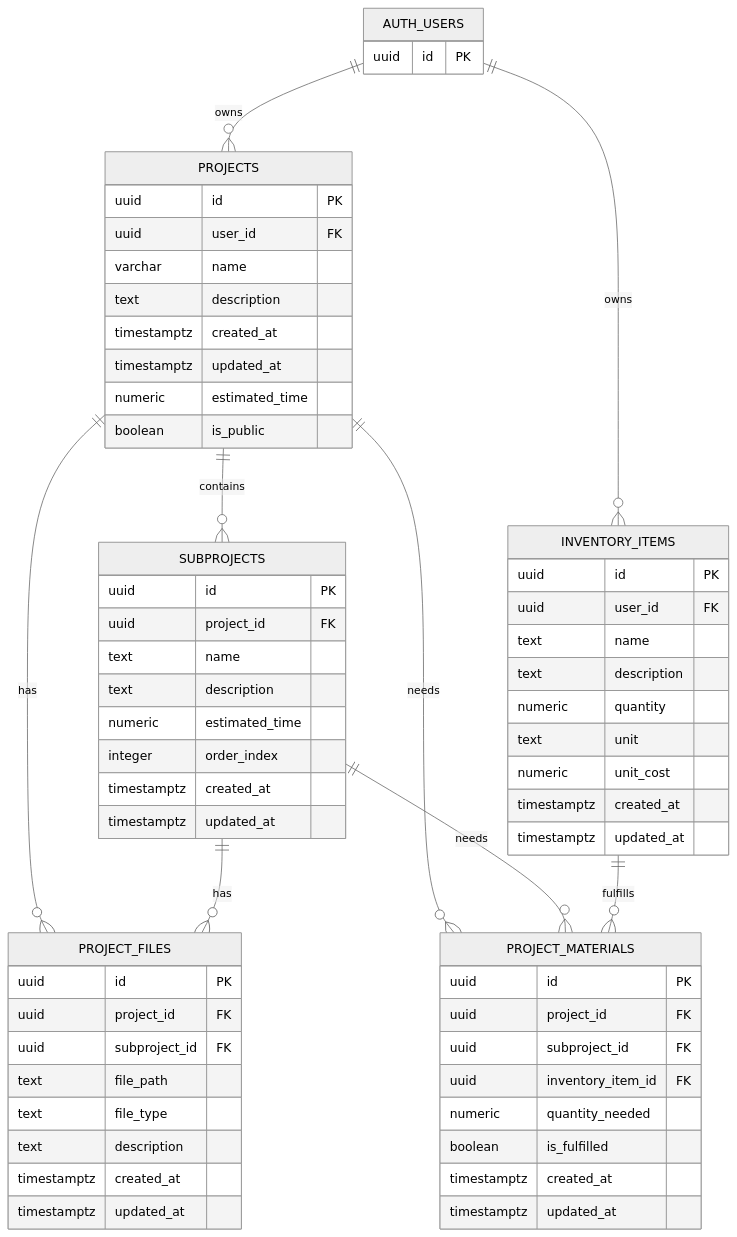
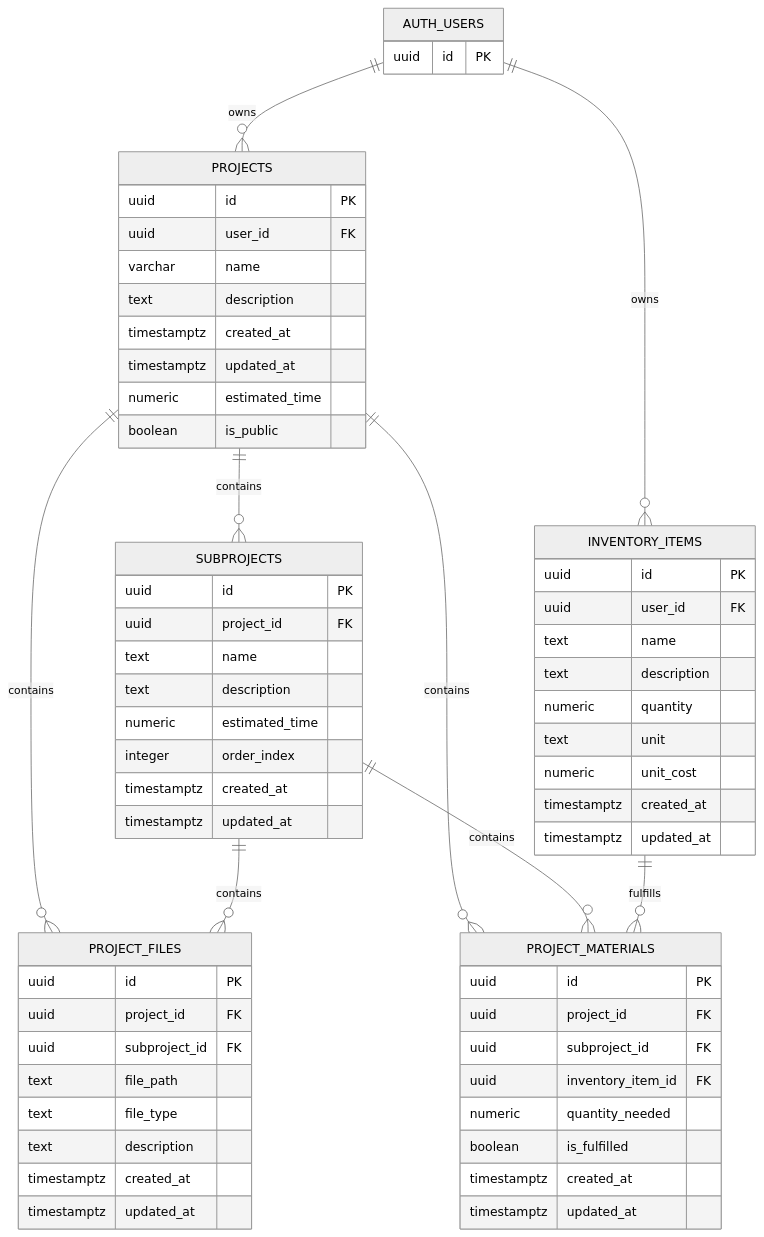
One commit to Lennoxgonz/Project-Pantry changed the diagram in README.md. Above: the diagram before and after it, drawn with Mermaid (neutral theme). The commit also changed other lines of this file, not shown here.

````diff
--- a/README.md
+++ b/README.md
@@ -66,71 +57,71 @@
 ```mermaid
 erDiagram
   AUTH_USERS {
     uuid id PK
   }
 
   PROJECTS {
     uuid id PK
     uuid user_id FK
     varchar name
     text description
     timestamptz created_at
     timestamptz updated_at
     numeric estimated_time
     boolean is_public
   }
 
   INVENTORY_ITEMS {
     uuid id PK
     uuid user_id FK
     text name
     text description
     numeric quantity
     text unit
     numeric unit_cost
     timestamptz created_at
     timestamptz updated_at
   }
 
   SUBPROJECTS {
     uuid id PK
     uuid project_id FK
     text name
     text description
     numeric estimated_time
     integer order_index
     timestamptz created_at
     timestamptz updated_at
   }
 
   PROJECT_FILES {
     uuid id PK
     uuid project_id FK
     uuid subproject_id FK
     text file_path
     text file_type
     text description
     timestamptz created_at
     timestamptz updated_at
   }
 
   PROJECT_MATERIALS {
     uuid id PK
     uuid project_id FK
     uuid subproject_id FK
     uuid inventory_item_id FK
     numeric quantity_needed
     boolean is_fulfilled
     timestamptz created_at
     timestamptz updated_at
   }
 
   AUTH_USERS ||--o{ PROJECTS : owns
   AUTH_USERS ||--o{ INVENTORY_ITEMS : owns
   PROJECTS ||--o{ SUBPROJECTS : contains
-  PROJECTS ||--o{ PROJECT_FILES : has
-  SUBPROJECTS ||--o{ PROJECT_FILES : has
-  PROJECTS ||--o{ PROJECT_MATERIALS : needs
-  SUBPROJECTS ||--o{ PROJECT_MATERIALS : needs
+  PROJECTS ||--o{ PROJECT_FILES : contains
+  SUBPROJECTS ||--o{ PROJECT_FILES : contains
+  PROJECTS ||--o{ PROJECT_MATERIALS : contains
+  SUBPROJECTS ||--o{ PROJECT_MATERIALS : contains
   INVENTORY_ITEMS ||--o{ PROJECT_MATERIALS : fulfills
 ```
````
